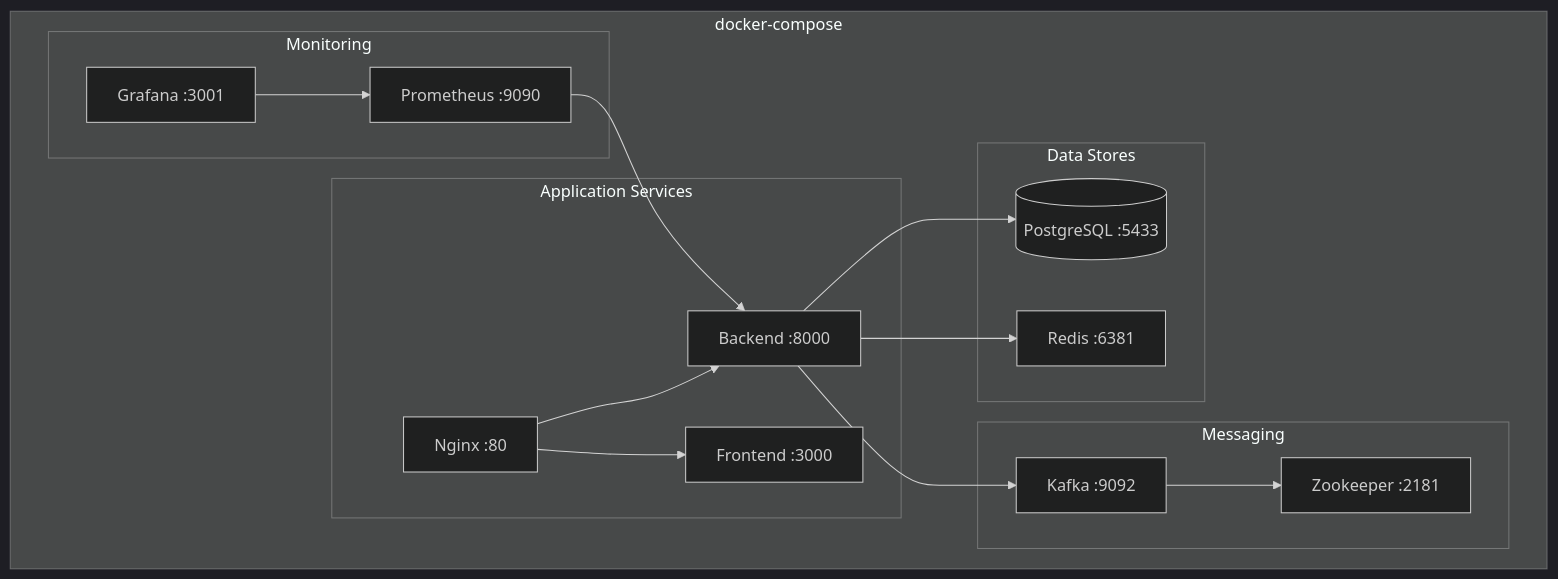
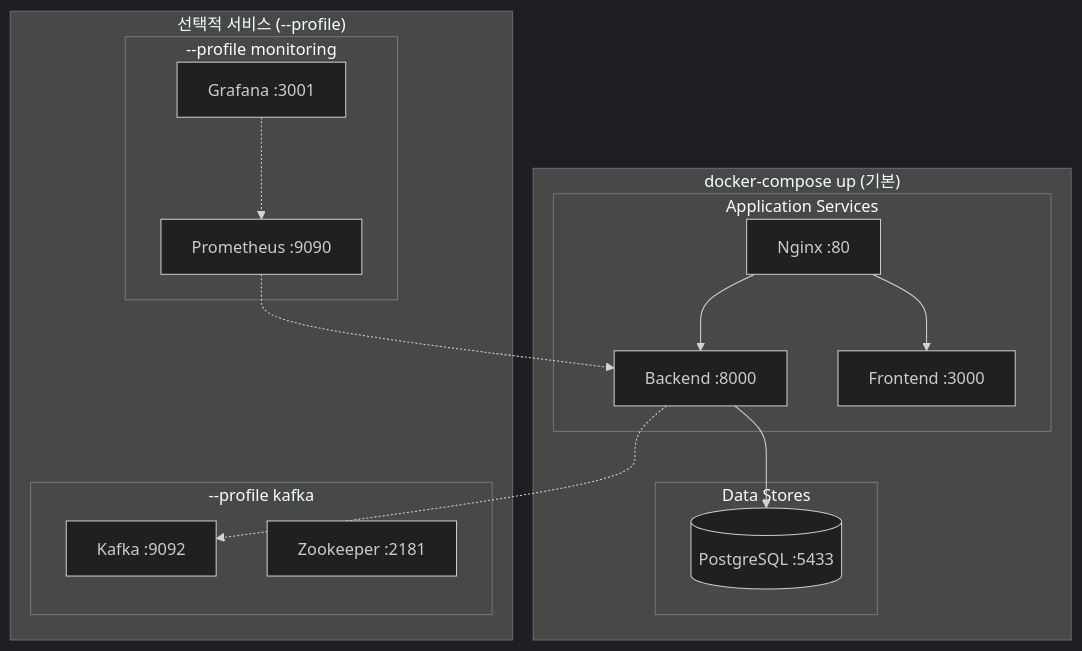
Before and after one commit to Sogang-Computer-Club/sogangcomputerclub.org: the second of 3 diagrams in README.md, drawn with Mermaid (dark theme). The commit also changed other lines of this file and 26 other files, not shown here.

````diff
--- a/README.md
+++ b/README.md
@@ -68,34 +64,33 @@
 ```mermaid
 flowchart TB
-    subgraph DockerCompose["docker-compose"]
+    subgraph DockerCompose["docker-compose up (기본)"]
         subgraph Services["Application Services"]
             Nginx["Nginx :80"]
             Backend["Backend :8000"]
             Frontend["Frontend :3000"]
         end
 
         subgraph DataStores["Data Stores"]
             Postgres[("PostgreSQL :5433")]
-            Redis["Redis :6381"]
         end
+    end
 
-        subgraph Messaging["Messaging"]
-            Kafka["Kafka :9092"]
+    subgraph Optional["선택적 서비스 (--profile)"]
+        subgraph Kafka["--profile kafka"]
+            KafkaBroker["Kafka :9092"]
             Zookeeper["Zookeeper :2181"]
         end
 
-        subgraph Monitoring["Monitoring"]
+        subgraph Monitoring["--profile monitoring"]
             Prometheus["Prometheus :9090"]
             Grafana["Grafana :3001"]
         end
     end
 
     Nginx --> Backend
     Nginx --> Frontend
     Backend --> Postgres
-    Backend --> Redis
-    Backend --> Kafka
-    Kafka --> Zookeeper
-    Prometheus --> Backend
-    Grafana --> Prometheus
+    Backend -.-> KafkaBroker
+    Prometheus -.-> Backend
+    Grafana -.-> Prometheus
 ```
````
